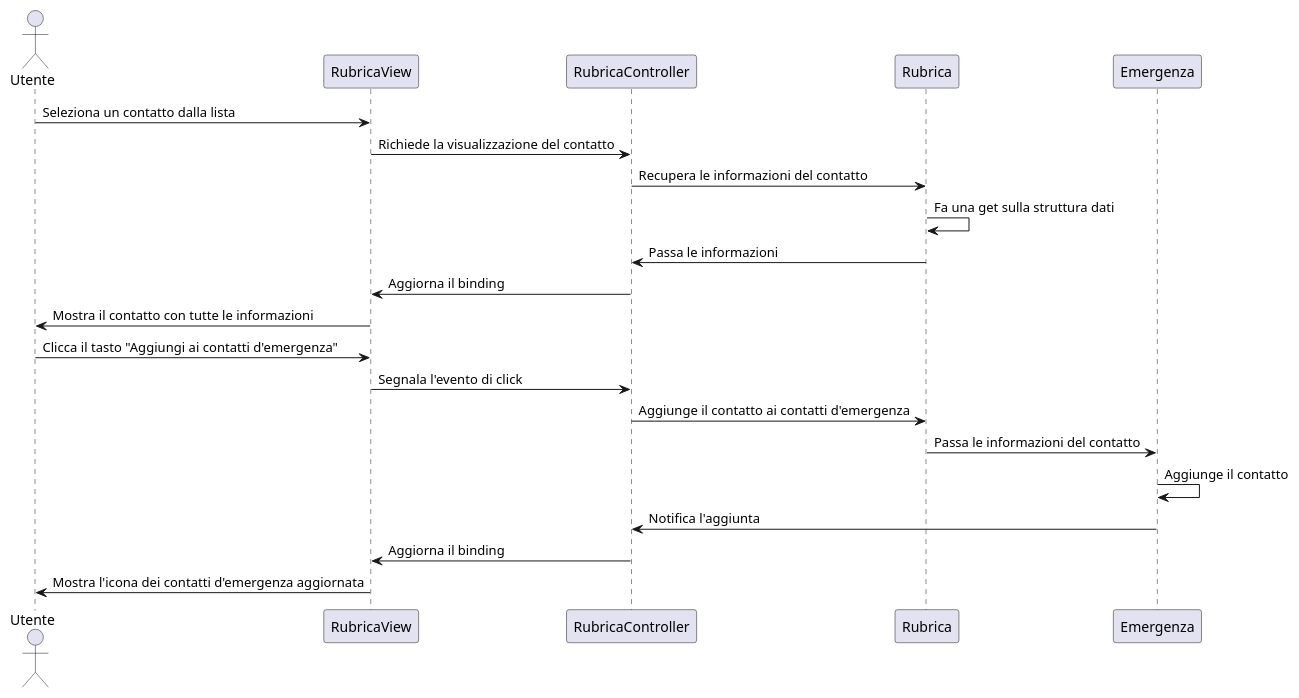
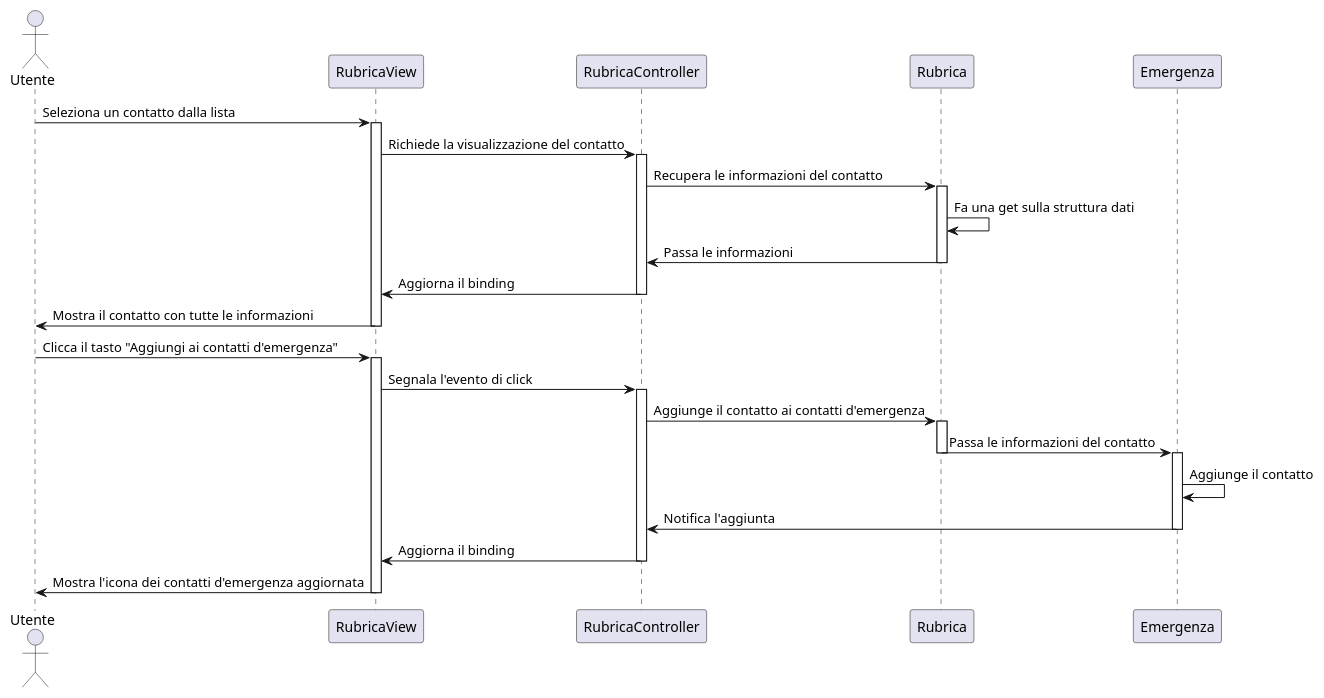
One commit to emanueletocci/uni-swe-project changed the diagram in docs/bozze/Diagrammi/Sequenza/ScenarioAggiuntaEmergenza.puml. Above: the diagram before and after it, drawn with PlantUML. The commit also changed 3 other files, not shown here.

```diff
--- a/docs/bozze/Diagrammi/Sequenza/ScenarioAggiuntaEmergenza.puml
+++ b/docs/bozze/Diagrammi/Sequenza/ScenarioAggiuntaEmergenza.puml
@@ -1,22 +1,37 @@
 @startuml
 'https://plantuml.com/sequence-diagram
 
 actor Utente
 
 Utente -> RubricaView : Seleziona un contatto dalla lista
+activate RubricaView
 RubricaView -> RubricaController : Richiede la visualizzazione del contatto
+activate RubricaController
 RubricaController -> Rubrica : Recupera le informazioni del contatto
+activate Rubrica
 Rubrica -> Rubrica : Fa una get sulla struttura dati
 Rubrica -> RubricaController : Passa le informazioni
+deactivate Rubrica
 RubricaController -> RubricaView : Aggiorna il binding
+deactivate RubricaController
 RubricaView -> Utente : Mostra il contatto con tutte le informazioni
+deactivate RubricaView
 
 Utente -> RubricaView : Clicca il tasto "Aggiungi ai contatti d'emergenza"
+activate RubricaView
 RubricaView -> RubricaController : Segnala l'evento di click
+activate RubricaController
 RubricaController -> Rubrica : Aggiunge il contatto ai contatti d'emergenza
+activate Rubrica
 Rubrica -> Emergenza : Passa le informazioni del contatto
+deactivate Rubrica
+activate Emergenza
 Emergenza -> Emergenza : Aggiunge il contatto
+
 Emergenza -> RubricaController : Notifica l'aggiunta
+deactivate Emergenza
 RubricaController -> RubricaView : Aggiorna il binding
+deactivate RubricaController
 RubricaView -> Utente : Mostra l'icona dei contatti d'emergenza aggiornata
+deactivate RubricaView
 @enduml
```
